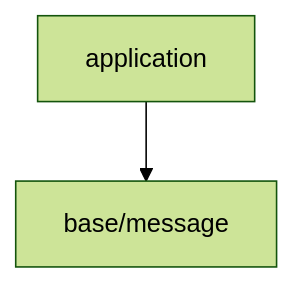
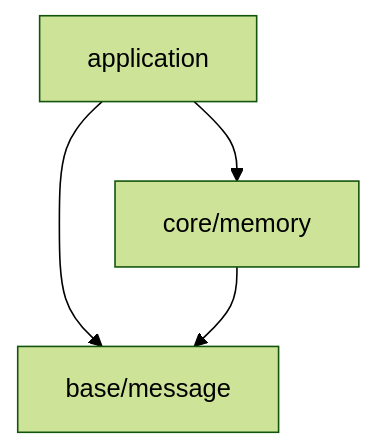
The diagram in docs/layer.md (chocolate-pie24/gl_choco_engine), drawn with Mermaid (forest theme) before and after one commit. The commit also changed other lines of this file and 8 other files, not shown here.

````diff
--- a/docs/layer.md
+++ b/docs/layer.md
@@ -5,7 +5,10 @@
 ```mermaid
 graph TD
   A[application]
   B[base/message]
+  C[core/memory]
 
   A --> B
+  A --> C
+  C --> B
 ```
````
